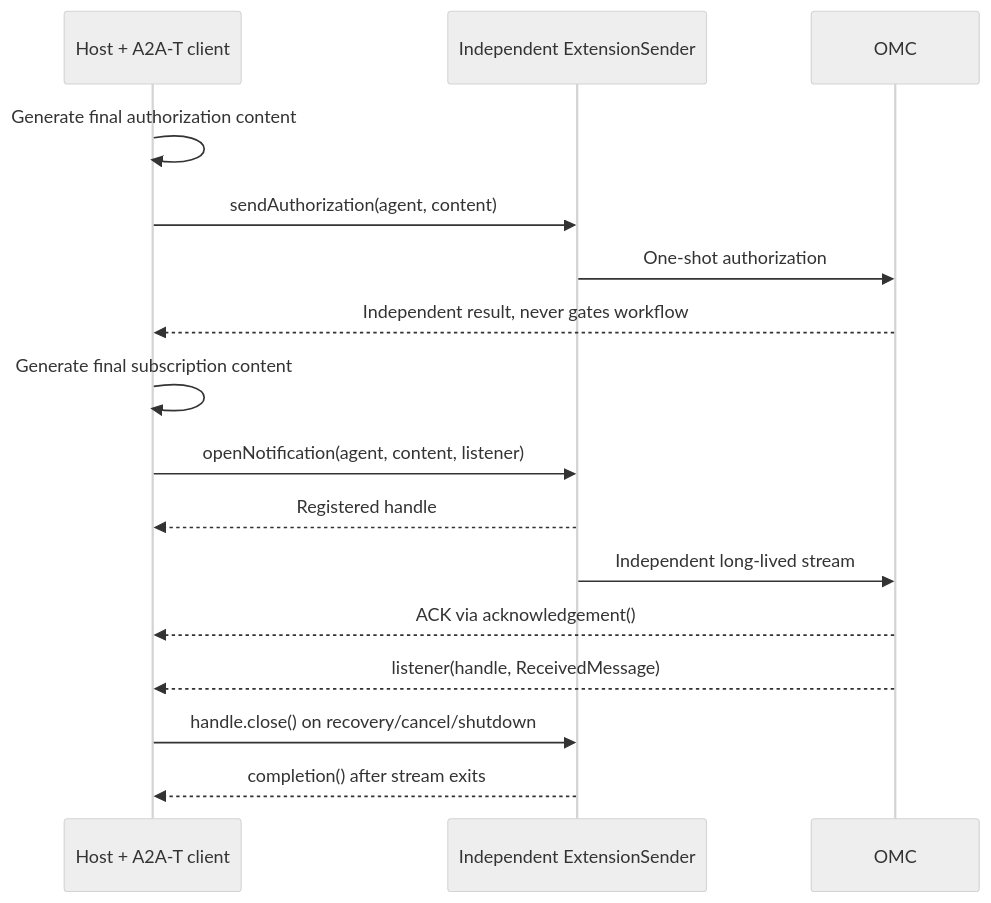
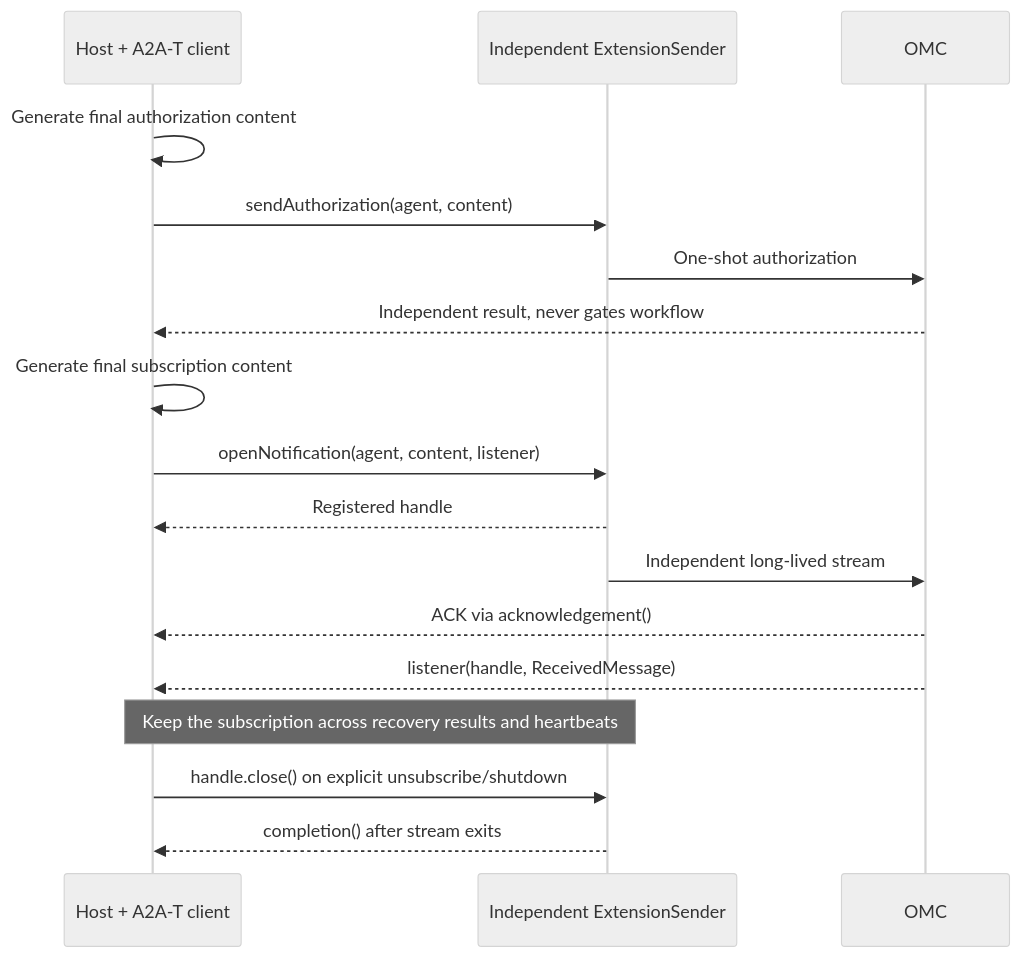
Before and after one commit to Zhoujie628/workflow-engine-sdk-java: the third of 3 diagrams in docs/zh/scenario/集成方场景接入指南.md, drawn with Mermaid (neutral theme). The commit also changed other lines of this file and 11 other files, not shown here.

````diff
--- a/docs/zh/scenario/集成方场景接入指南.md
+++ b/docs/zh/scenario/集成方场景接入指南.md
@@ -691,18 +690,19 @@
 ```mermaid
 sequenceDiagram
     participant H as Host + A2A-T client
     participant ES as Independent ExtensionSender
     participant A as OMC
     H ->> H: Generate final authorization content
     H ->> ES: sendAuthorization(agent, content)
     ES ->> A: One-shot authorization
     A -->> H: Independent result, never gates workflow
     H ->> H: Generate final subscription content
     H ->> ES: openNotification(agent, content, listener)
     ES -->> H: Registered handle
     ES ->> A: Independent long-lived stream
     A -->> H: ACK via acknowledgement()
     A -->> H: listener(handle, ReceivedMessage)
-    H ->> ES: handle.close() on recovery/cancel/shutdown
+    Note over H,ES: Keep the subscription across recovery results and heartbeats
+    H ->> ES: handle.close() on explicit unsubscribe/shutdown
     ES -->> H: completion() after stream exits
 ```
````
